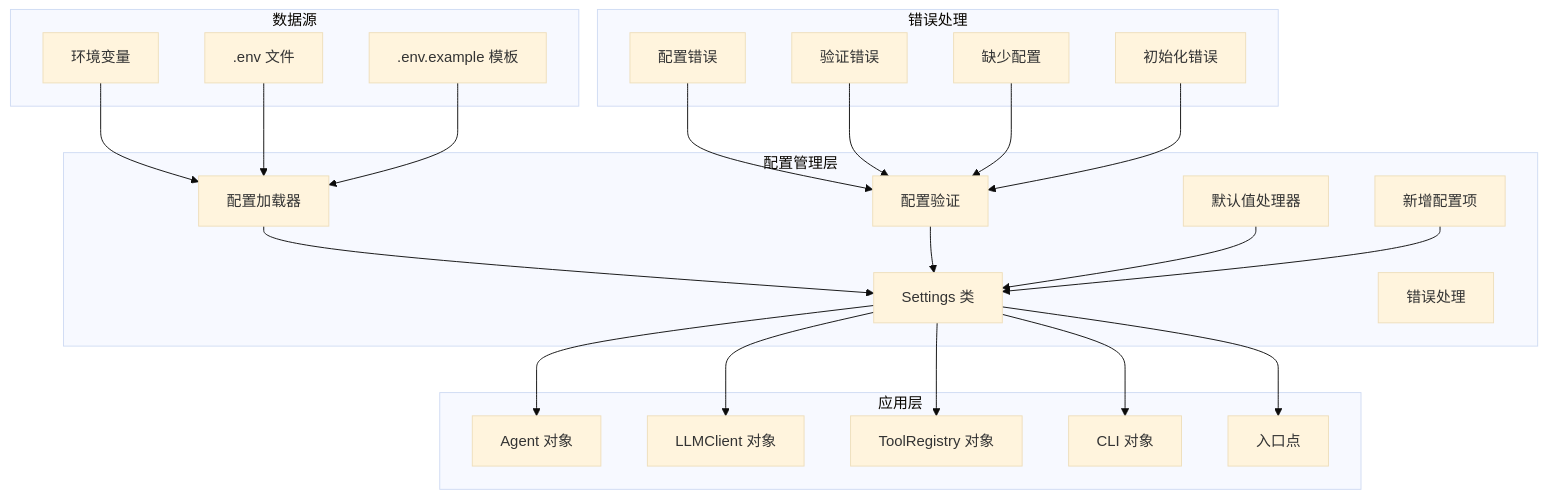
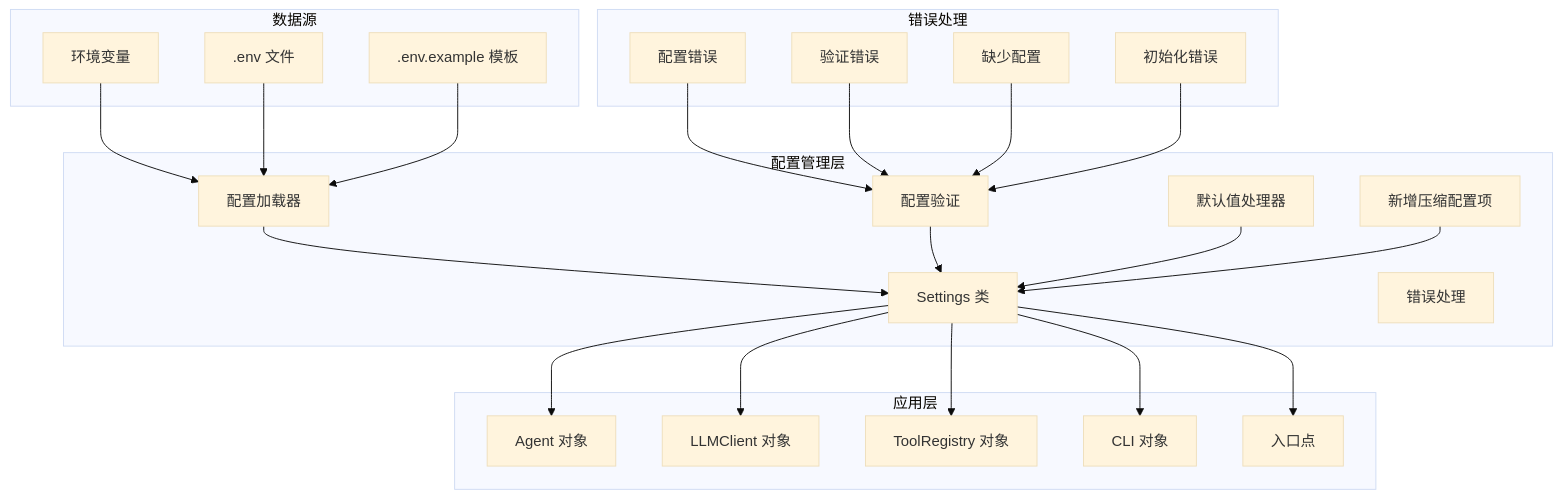
The third of 7 diagrams in .qoder/repowiki/zh/content/核心模块详解/配置管理系统.md (250shiwo/MySmallAgent), drawn with Mermaid (base theme) before and after one commit. The commit also changed other lines of this file and 41 other files, not shown here.

````diff
--- a/.qoder/repowiki/zh/content/核心模块详解/配置管理系统.md
+++ b/.qoder/repowiki/zh/content/核心模块详解/配置管理系统.md
@@ -163,45 +172,45 @@
 ```mermaid
 graph TB
 subgraph "配置管理层"
 SettingsClass[Settings 类]
 ConfigLoader[配置加载器]
 Validation[配置验证]
 DefaultHandler[默认值处理器]
 ErrorHandling[错误处理]
-NewFields[新增配置项]
+CompressionFields[新增压缩配置项]
 end
 subgraph "数据源"
 EnvSource[环境变量]
 DotEnv[.env 文件]
 EnvExample[.env.example 模板]
 end
 subgraph "应用层"
 Agent[Agent 对象]
 LLMClient[LLMClient 对象]
 ToolRegistry[ToolRegistry 对象]
 CLI[CLI 对象]
 Main[入口点]
 end
 subgraph "错误处理"
 ConfigError[配置错误]
 ValidationError[验证错误]
 MissingConfig[缺少配置]
 InitError[初始化错误]
 end
 EnvSource --> ConfigLoader
 DotEnv --> ConfigLoader
 EnvExample --> ConfigLoader
 ConfigLoader --> SettingsClass
 Validation --> SettingsClass
 DefaultHandler --> SettingsClass
-NewFields --> SettingsClass
+CompressionFields --> SettingsClass
 SettingsClass --> Agent
 SettingsClass --> LLMClient
 SettingsClass --> ToolRegistry
 SettingsClass --> CLI
 SettingsClass --> Main
 ConfigError --> Validation
 ValidationError --> Validation
 MissingConfig --> Validation
 InitError --> Validation
 ```
````
